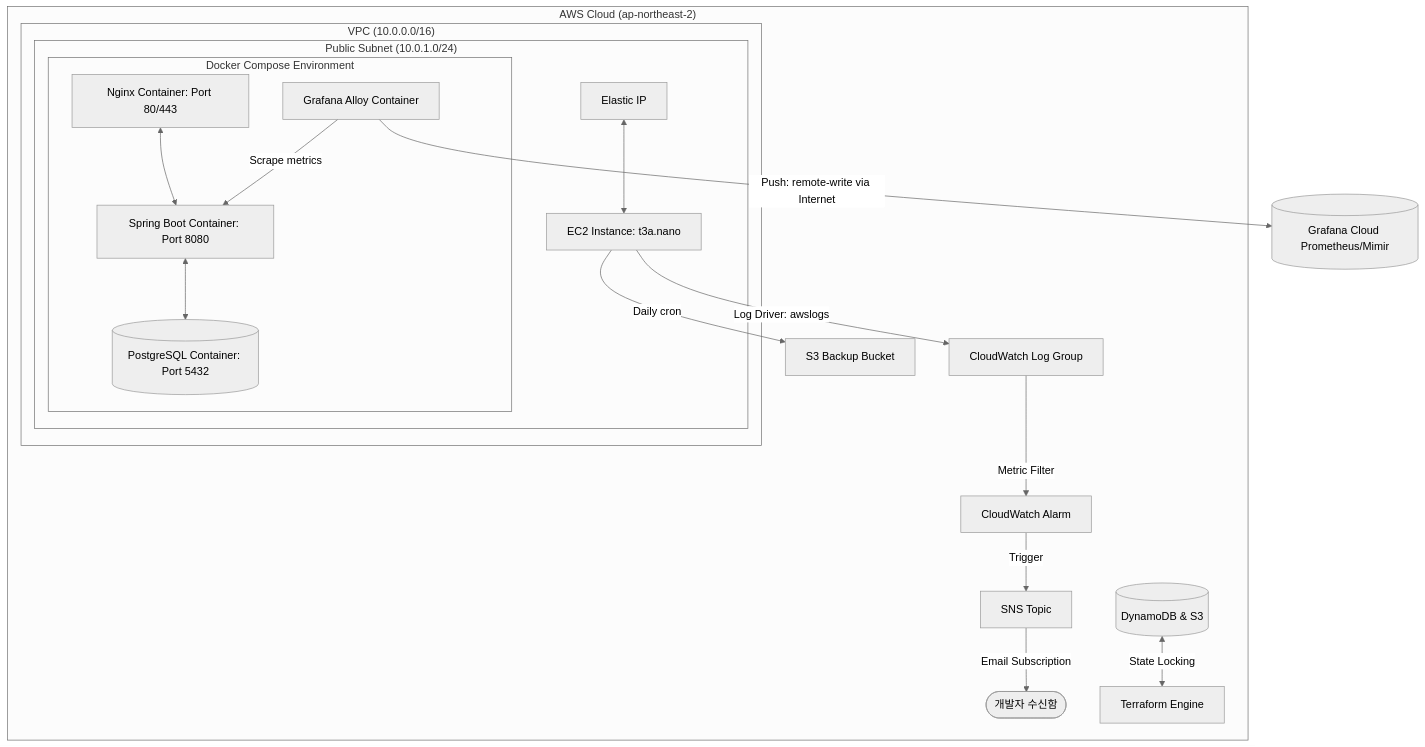
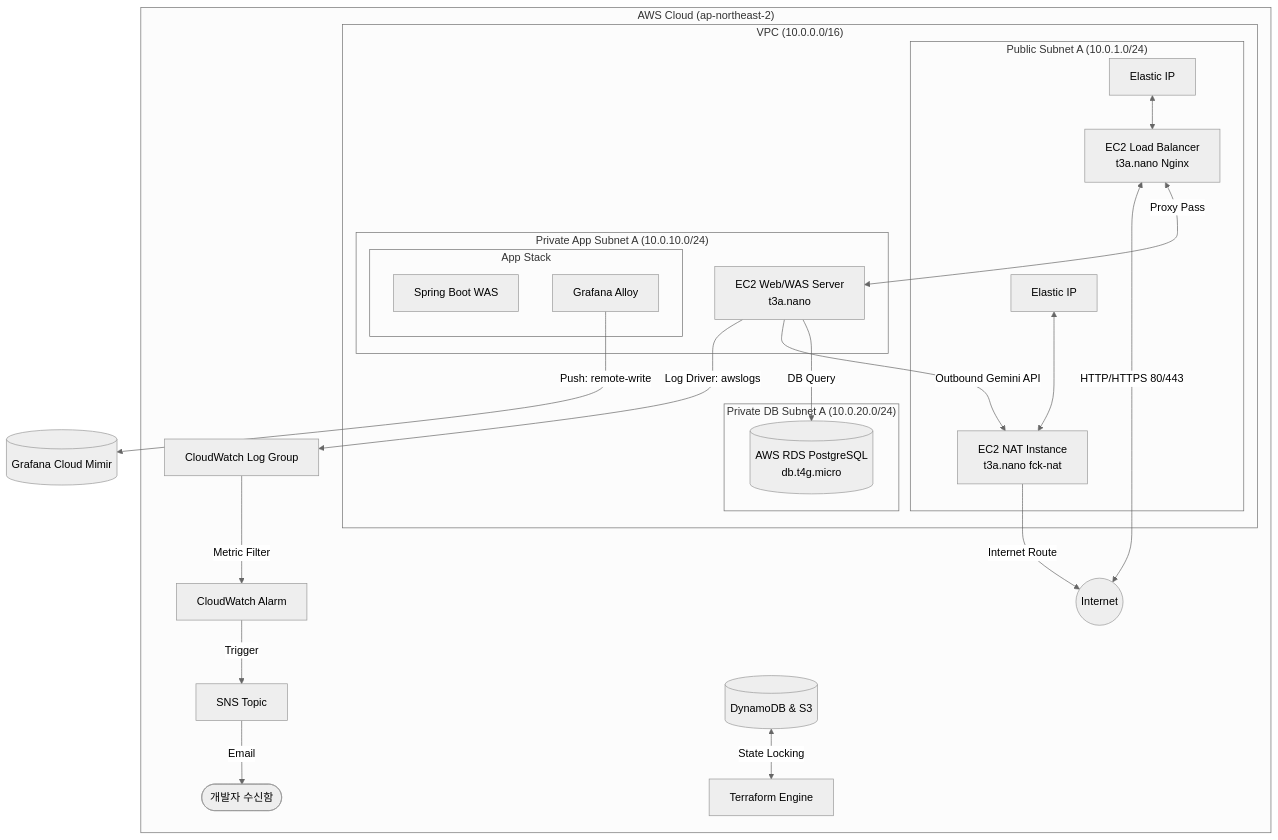
The diagram in docs/portfolio.md (devdoyen/rogic.io), drawn with Mermaid (neutral theme) before and after one commit. The commit also changed other lines of this file and 4 other files, not shown here.

````diff
--- a/docs/portfolio.md
+++ b/docs/portfolio.md
@@ -11,25 +11,38 @@
 ```mermaid
 graph TD
     subgraph "AWS Cloud (ap-northeast-2)"
         subgraph "VPC (10.0.0.0/16)"
-            subgraph "Public Subnet (10.0.1.0/24)"
-                EIP[Elastic IP] <--> EC2[EC2 Instance: t3a.nano]
-                subgraph "Docker Compose Environment"
-                    Nginx[Nginx Container: Port 80/443] <--> Spring[Spring Boot Container: Port 8080]
-                    Spring <--> Postgres[(PostgreSQL Container: Port 5432)]
-                    Alloy[Grafana Alloy Container] -->|Scrape metrics| Spring
+            subgraph "Public Subnet A (10.0.1.0/24)"
+                EIP1[Elastic IP] <--> LB[EC2 Load Balancer <br> t3a.nano Nginx]
+                EIP2[Elastic IP] <--> NAT[EC2 NAT Instance <br> t3a.nano fck-nat]
+            end
+            
+            subgraph "Private App Subnet A (10.0.10.0/24)"
+                APP[EC2 Web/WAS Server <br> t3a.nano]
+                subgraph "App Stack"
+                    Spring[Spring Boot WAS]
+                    Alloy[Grafana Alloy]
                 end
             end
+
+            subgraph "Private DB Subnet A (10.0.20.0/24)"
+                RDS[(AWS RDS PostgreSQL <br> db.t4g.micro)]
+            end
         end
+
+        Internet((Internet)) <-->|HTTP/HTTPS 80/443| LB
+        LB <-->|Proxy Pass| APP
+        APP -->|DB Query| RDS
+        APP -->|Outbound Gemini API| NAT
+        NAT -->|Internet Route| Internet
         
-        EC2 -->|Log Driver: awslogs| CWL[CloudWatch Log Group]
+        APP -->|Log Driver: awslogs| CWL[CloudWatch Log Group]
         CWL -->|Metric Filter| CWA[CloudWatch Alarm]
         CWA -->|Trigger| SNS[SNS Topic]
-        SNS -->|Email Subscription| DevEmail([개발자 수신함])
+        SNS -->|Email| DevEmail([개발자 수신함])
         
-        EC2 -->|Daily cron| S3B[S3 Backup Bucket]
         TFS[(DynamoDB & S3)] <-->|State Locking| TF[Terraform Engine]
     end
     
-    Alloy -->|Push: remote-write via Internet| GC[(Grafana Cloud Prometheus/Mimir)]
+    Alloy -->|Push: remote-write| GC[(Grafana Cloud Mimir)]
 ```
````
